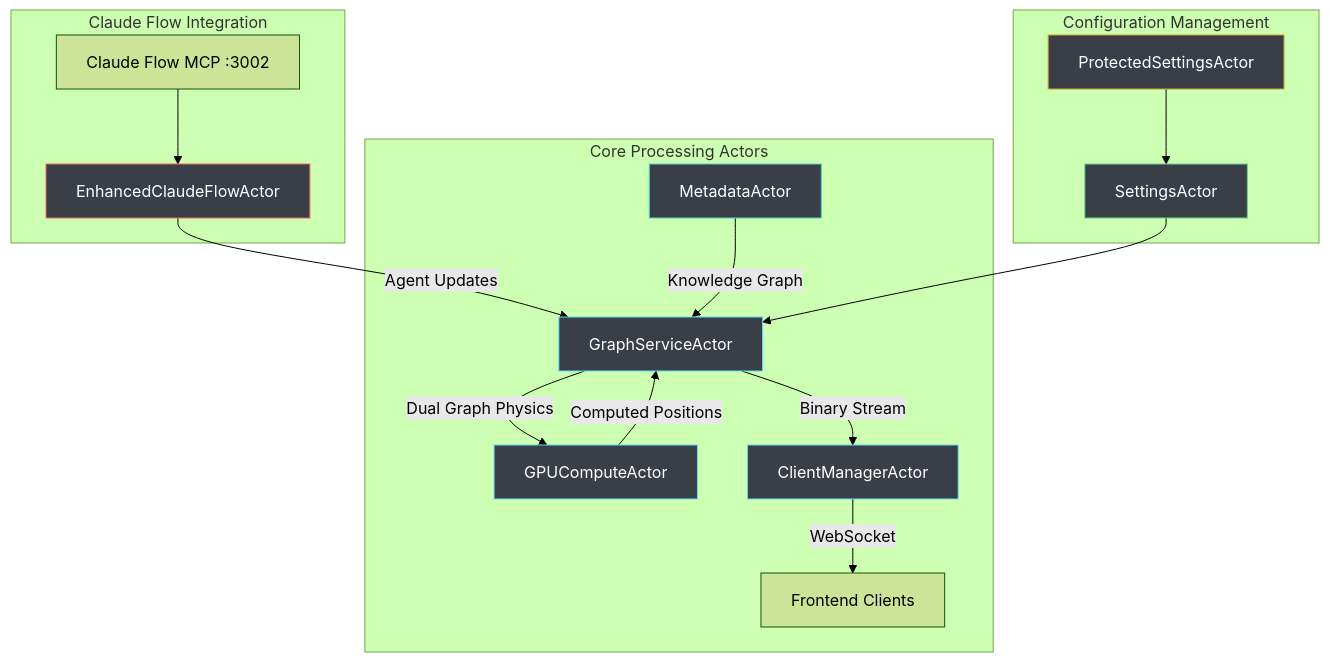
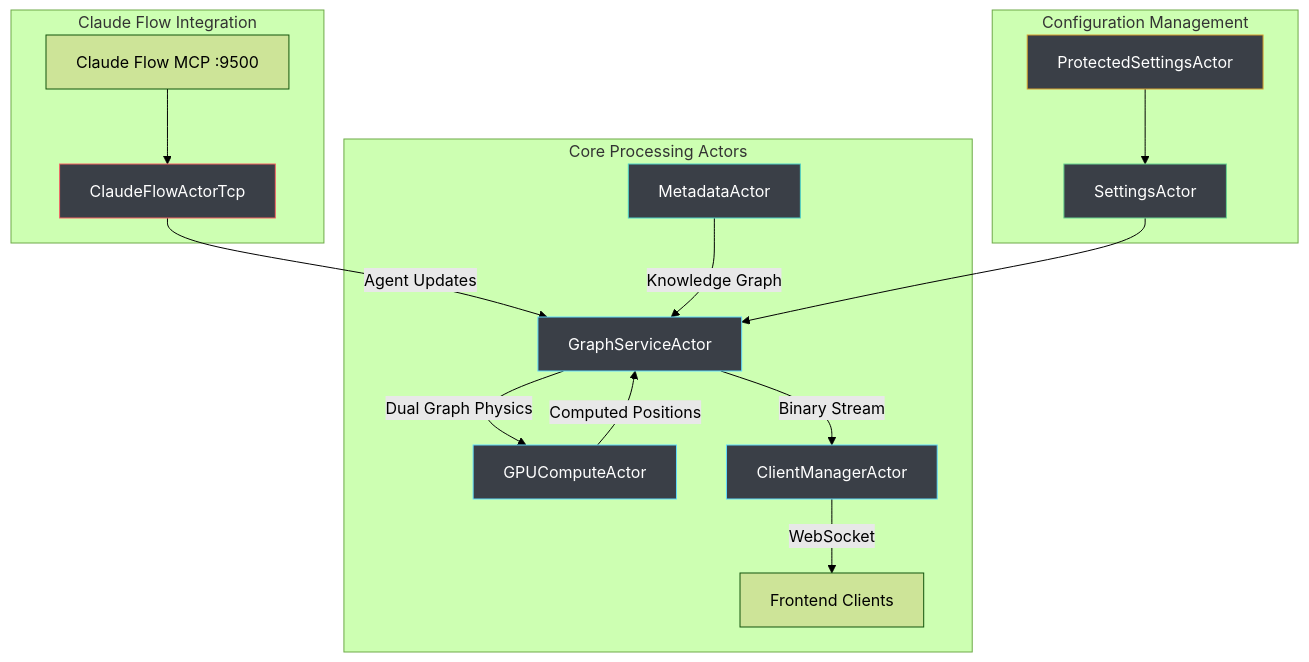
The first of 4 diagrams in docs/server/actors.md (DreamLab-AI/VisionFlow), drawn with Mermaid (forest theme) before and after one commit. The commit also changed other lines of this file and 66 other files, not shown here.

````diff
--- a/docs/server/actors.md
+++ b/docs/server/actors.md
@@ -11,28 +11,28 @@
 ```mermaid
 graph TB
     subgraph "Claude Flow Integration"
-        MCP[Claude Flow MCP :3002] --> CFA[EnhancedClaudeFlowActor]
+        MCP[Claude Flow MCP :9500] --> CFA[ClaudeFlowActorTcp]
     end
 
     subgraph "Core Processing Actors"
         CFA --> |Agent Updates| GSA[GraphServiceActor]
         MA[MetadataActor] --> |Knowledge Graph| GSA
         GSA --> |Dual Graph Physics| GCA[GPUComputeActor]
         GCA --> |Computed Positions| GSA
         GSA --> |Binary Stream| CMA[ClientManagerActor]
         CMA --> |WebSocket| WS[Frontend Clients]
     end
 
     subgraph "Configuration Management"
         SA[SettingsActor] --> GSA
         PSA[ProtectedSettingsActor] --> SA
     end
 
     style CMA fill:#3A3F47,stroke:#61DAFB,color:#FFFFFF
     style GSA fill:#3A3F47,stroke:#61DAFB,color:#FFFFFF
     style GCA fill:#3A3F47,stroke:#61DAFB,color:#FFFFFF
     style CFA fill:#3A3F47,stroke:#F56565,color:#FFFFFF
     style MA fill:#3A3F47,stroke:#4FD1C7,color:#FFFFFF
     style SA fill:#3A3F47,stroke:#68D391,color:#FFFFFF
     style PSA fill:#3A3F47,stroke:#D69E2E,color:#FFFFFF
 ```
````
